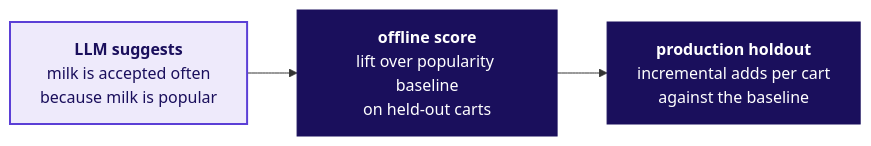
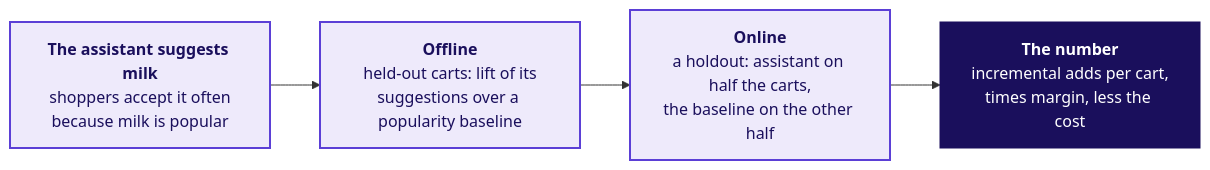
One commit to fde-academy-lab/c2-content-factory changed the second of 3 diagrams in content/W04/D3/slides/C2_W04_D03_half2_STUDENT.md. Above: the diagram before and after it, drawn with Mermaid. The commit also changed other lines of this file and 37 other files, not shown here.

````diff
--- a/content/W04/D3/slides/C2_W04_D03_half2_STUDENT.md
+++ b/content/W04/D3/slides/C2_W04_D03_half2_STUDENT.md
@@ -135,9 +134,10 @@
 ```mermaid
 flowchart LR
-    S["<b>LLM suggests</b><br/>milk is accepted often<br/>because milk is popular"] --> O["<b>offline score</b><br/>lift over popularity baseline<br/>on held-out carts"]
-    O --> P["<b>production holdout</b><br/>incremental adds per cart<br/>against the baseline"]
+    A["<b>The assistant suggests milk</b><br/>shoppers accept it often<br/>because milk is popular"] --> B["<b>Offline</b><br/>held-out carts: lift of its<br/>suggestions over a popularity baseline"]
+    B --> C["<b>Online</b><br/>a holdout: assistant on half the carts,<br/>the baseline on the other half"]
+    C --> D["<b>The number</b><br/>incremental adds per cart,<br/>times margin, less the cost"]
     classDef known fill:#EEEAFB,stroke:#5B3FD6,color:#1A0F5C,stroke-width:2px
     classDef lit fill:#1A0F5C,stroke:#1A0F5C,color:#FFFFFF
-    class S known
-    class O,P lit
+    class A,B,C known
+    class D lit
 ```
````
